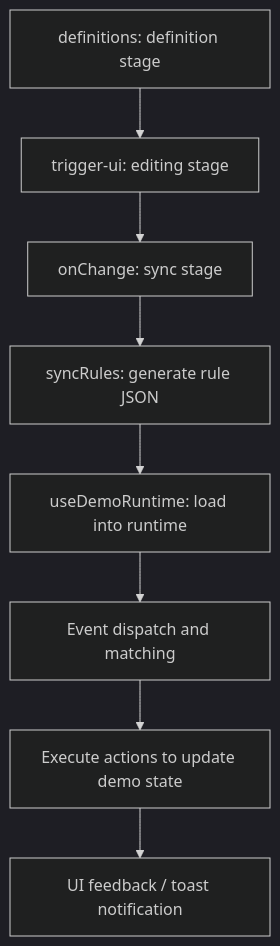
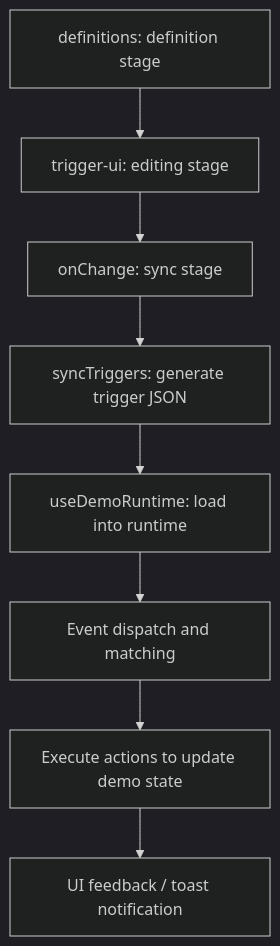
The fourth of 4 diagrams in README.md (triggerix-lang/triggerix-lang.github.io), drawn with Mermaid (dark theme) before and after one commit. The commit also changed other lines of this file and 15 other files, not shown here.

Commit message:
refactor: rename rule to trigger across codebase

````diff
--- a/README.md
+++ b/README.md
@@ -247,10 +247,10 @@
 ```mermaid
 graph TB
     A[definitions: definition stage] --> B[trigger-ui: editing stage]
     B --> C[onChange: sync stage]
-    C --> D[syncRules: generate rule JSON]
+    C --> D[syncTriggers: generate trigger JSON]
     D --> E[useDemoRuntime: load into runtime]
     E --> F[Event dispatch and matching]
     F --> G[Execute actions to update demo state]
     G --> H[UI feedback / toast notification]
 ```
````
